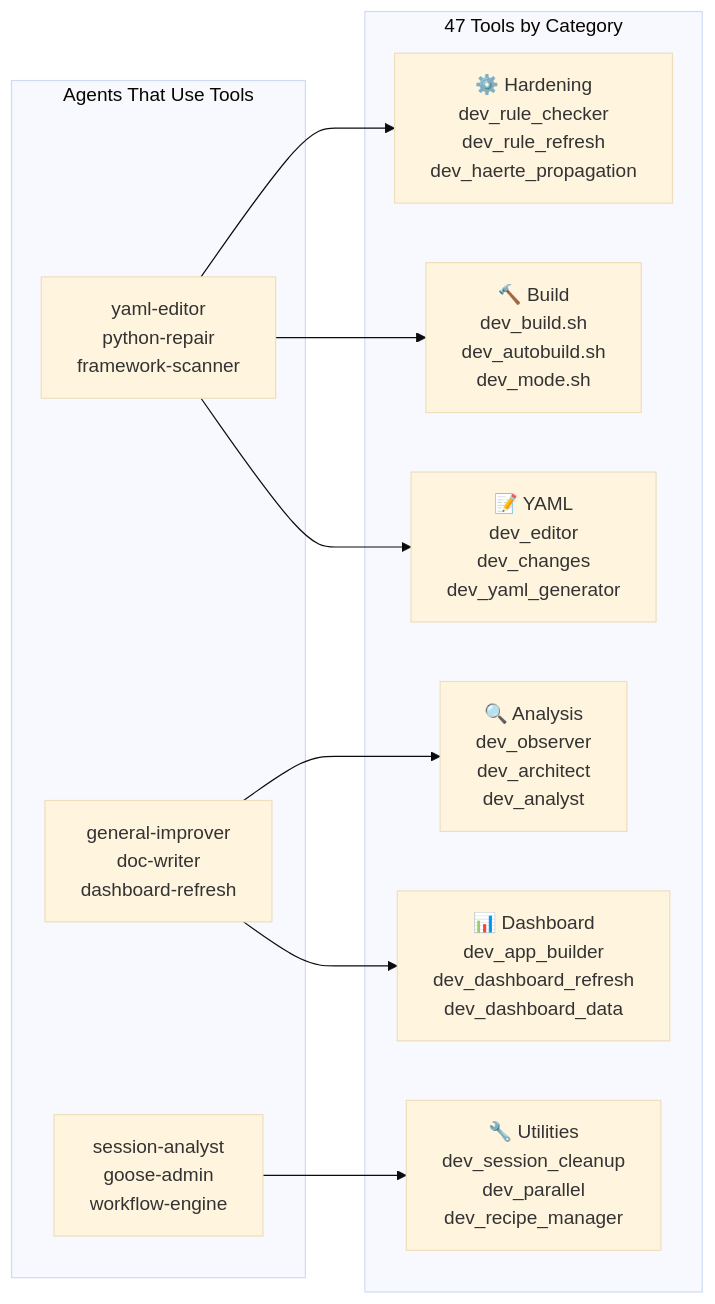
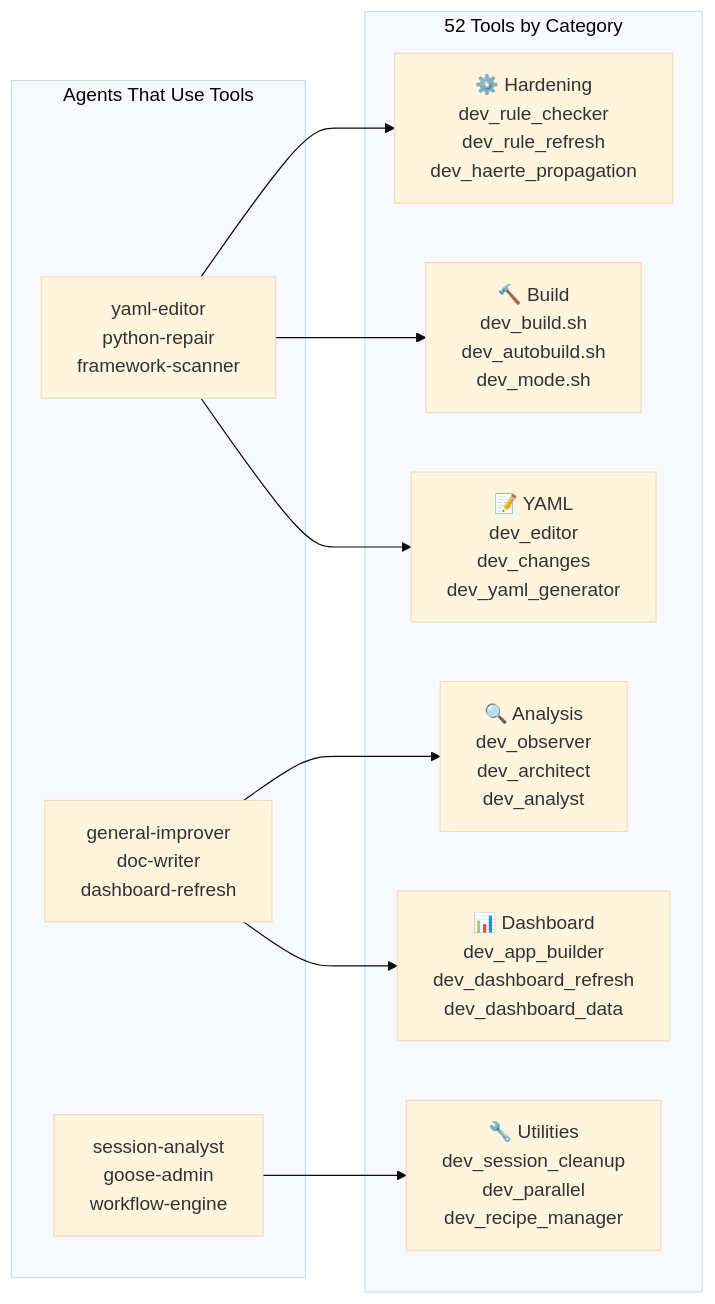
Before and after one commit to mczardybon/mas-engineer: the fifth of 5 diagrams in docs/architecture.md, drawn with Mermaid (base theme). The commit also changed other lines of this file and 13 other files, not shown here.

````diff
--- a/docs/architecture.md
+++ b/docs/architecture.md
@@ -249,20 +249,20 @@
 ```mermaid
 flowchart LR
     subgraph AGENTS["Agents That Use Tools"]
         A1["yaml-editor\npython-repair\nframework-scanner"]
         A2["general-improver\ndoc-writer\ndashboard-refresh"]
         A3["session-analyst\ngoose-admin\nworkflow-engine"]
     end
-    subgraph TOOLS["47 Tools by Category"]
+    subgraph TOOLS["52 Tools by Category"]
         T1["⚙️ Hardening\ndev_rule_checker\ndev_rule_refresh\ndev_haerte_propagation"]
         T2["🔨 Build\ndev_build.sh\ndev_autobuild.sh\ndev_mode.sh"]
         T3["🔍 Analysis\ndev_observer\ndev_architect\ndev_analyst"]
         T4["📝 YAML\ndev_editor\ndev_changes\ndev_yaml_generator"]
         T5["📊 Dashboard\ndev_app_builder\ndev_dashboard_refresh\ndev_dashboard_data"]
         T6["🔧 Utilities\ndev_session_cleanup\ndev_parallel\ndev_recipe_manager"]
     end
 
     A1 --> T1 & T2 & T4
     A2 --> T3 & T5
     A3 --> T6
 ```
````
